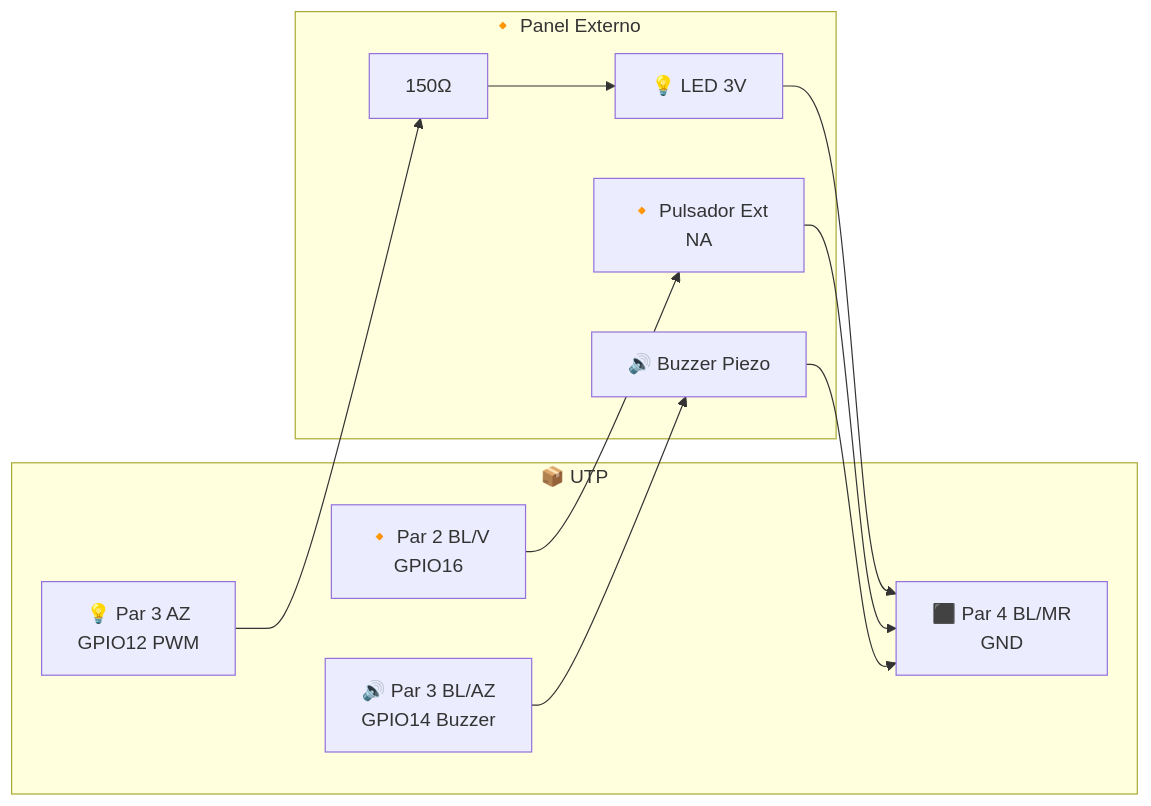
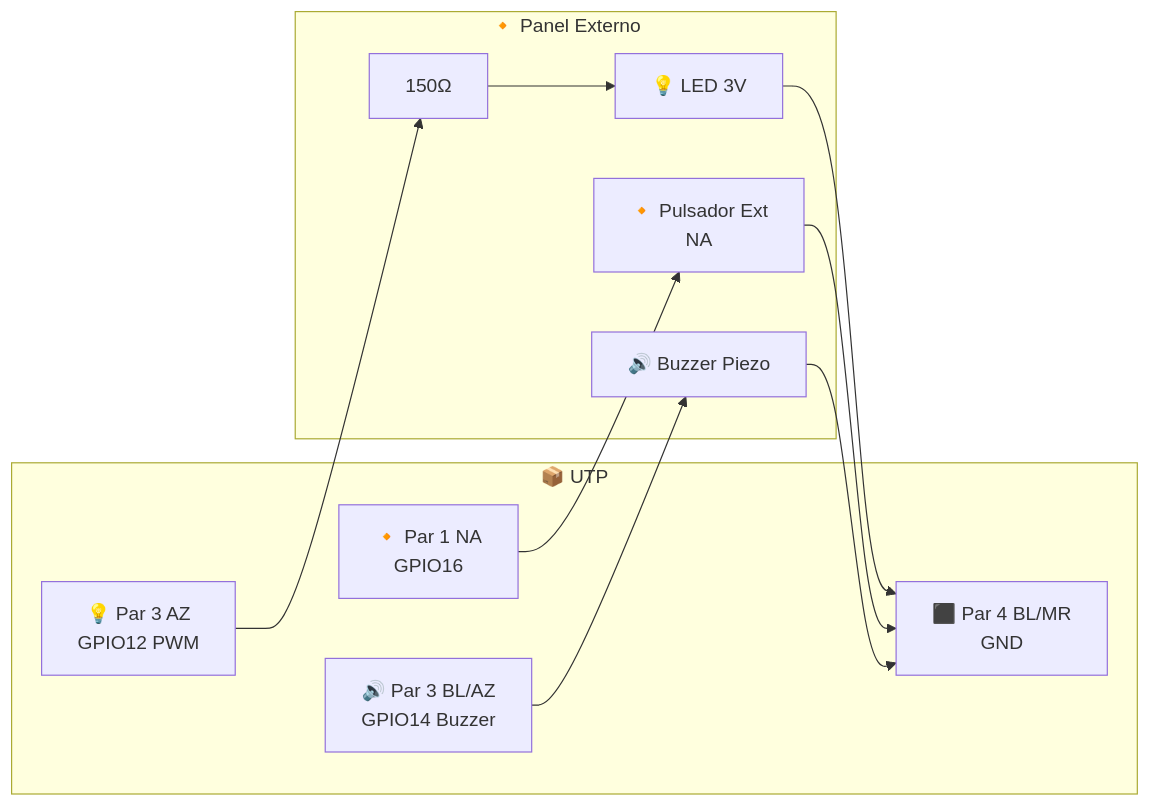
Before and after one commit to abelbour/Abrepuertas: the fifth of 10 diagrams in SYSTEM_DEFINITION.md, drawn with Mermaid. The commit also changed other lines of this file, not shown here.

````diff
--- a/SYSTEM_DEFINITION.md
+++ b/SYSTEM_DEFINITION.md
@@ -421,20 +423,20 @@
 ```mermaid
 flowchart LR
     subgraph UTP["📦 UTP"]
-        BLV["🔸 Par 2 BL/V<br/>GPIO16"]
+        NA["🔸 Par 1 NA<br/>GPIO16"]
         AZ["💡 Par 3 AZ<br/>GPIO12 PWM"]
         BLAZ["🔊 Par 3 BL/AZ<br/>GPIO14 Buzzer"]
         GND["⬛ Par 4 BL/MR<br/>GND"]
     end
 
     subgraph Panel["🔸 Panel Externo"]
-        BLV --> Puls["🔸 Pulsador Ext<br/>NA"]
+        NA --> Puls["🔸 Pulsador Ext<br/>NA"]
         Puls --> GND
 
         AZ --> R150[150Ω] --> LED3["💡 LED 3V"]
         LED3 --> GND
 
         BLAZ --> Buz["🔊 Buzzer Piezo"]
         Buz --> GND
     end
 ```
````
